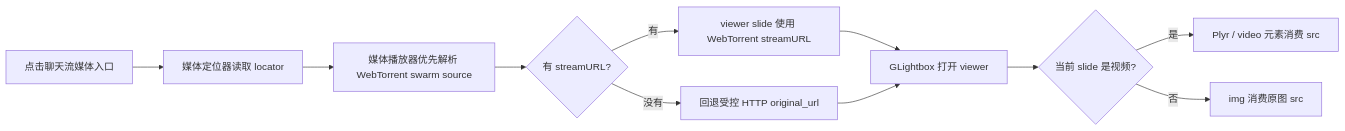
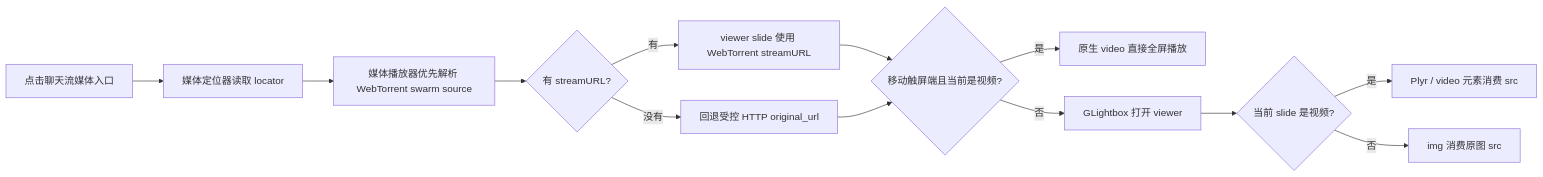
The diagram in 学习/telegram/webtorrent-media-viewer-source-contract.md (i0ivi0i/koko), drawn with Mermaid before and after one commit. The commit also changed other lines of this file and 7 other files, not shown here.

````diff
--- a/学习/telegram/webtorrent-media-viewer-source-contract.md
+++ b/学习/telegram/webtorrent-media-viewer-source-contract.md
@@ -41,13 +42,15 @@
 ```mermaid
 flowchart LR
   A["点击聊天流媒体入口"] --> B["媒体定位器读取 locator"]
   B --> C["媒体播放器优先解析 WebTorrent swarm source"]
   C --> D{"有 streamURL?"}
   D -->|有| E["viewer slide 使用 WebTorrent streamURL"]
   D -->|没有| F["回退受控 HTTP original_url"]
-  E --> G["GLightbox 打开 viewer"]
+  E --> G{"移动触屏端且当前是视频?"}
   F --> G
-  G --> H{"当前 slide 是视频?"}
-  H -->|是| I["Plyr / video 元素消费 src"]
-  H -->|否| J["img 消费原图 src"]
+  G -->|是| H["原生 video 直接全屏播放"]
+  G -->|否| I["GLightbox 打开 viewer"]
+  I --> J{"当前 slide 是视频?"}
+  J -->|是| K["Plyr / video 元素消费 src"]
+  J -->|否| L["img 消费原图 src"]
 ```
````
